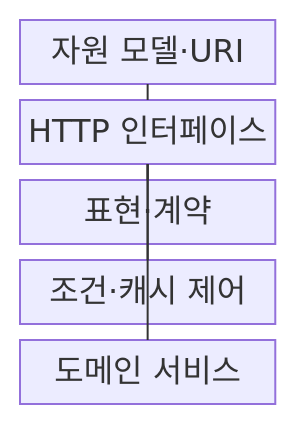
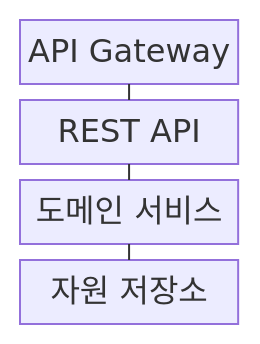
Before and after one commit to agnusdei1207/knowledge-base: the first of 2 diagrams in src/content/docs/notes/03-software/171_restful_api_design.md, drawn with Mermaid. The commit also changed other lines of this file and 20 other files, not shown here.

````diff
--- a/src/content/docs/notes/03-software/171_restful_api_design.md
+++ b/src/content/docs/notes/03-software/171_restful_api_design.md
@@ -56,13 +59,11 @@
 ```mermaid
-block-beta
+block
     columns 1
-    A["자원 모델·URI"]
-    B["HTTP 인터페이스"]
-    C["표현·계약"]
-    D["조건·캐시 제어"]
-    E["도메인 서비스"]
+    A["API Gateway"]
+    B["REST API"]
+    C["도메인 서비스"]
+    D["자원 저장소"]
     A --- B
     B --- C
-    B --- D
-    B --- E
+    C --- D
 ```
````
